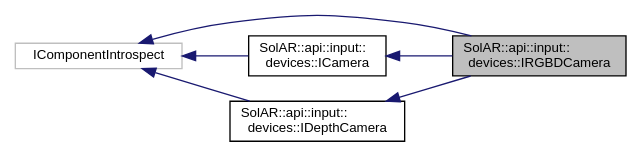
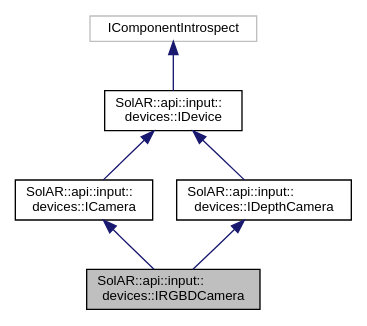
The diagram in api_documentation/class_sol_a_r_1_1api_1_1input_1_1devices_1_1_i_r_g_b_d_camera__coll__graph.dot (SolarFramework/solarframework.github.io), drawn with Graphviz before and after one commit. The commit also changed 544 other files, not shown here.

```diff
--- a/api_documentation/class_sol_a_r_1_1api_1_1input_1_1devices_1_1_i_r_g_b_d_camera__coll__graph.dot
+++ b/api_documentation/class_sol_a_r_1_1api_1_1input_1_1devices_1_1_i_r_g_b_d_camera__coll__graph.dot
@@ -1,15 +1,15 @@
 digraph "SolAR::api::input::devices::IRGBDCamera"
 {
   edge [fontname="Helvetica",fontsize="10",labelfontname="Helvetica",labelfontsize="10"];
   node [fontname="Helvetica",fontsize="10",shape=record];
-  rankdir="LR";
-  Node4 [label="SolAR::api::input::\ldevices::IRGBDCamera",height=0.2,width=0.4,color="black", fillcolor="grey75", style="filled", fontcolor="black"];
-  Node5 -> Node4 [dir="back",color="midnightblue",fontsize="10",style="solid",fontname="Helvetica"];
-  Node5 [label="IComponentIntrospect",height=0.2,width=0.4,color="grey75", fillcolor="white", style="filled"];
-  Node6 -> Node4 [dir="back",color="midnightblue",fontsize="10",style="solid",fontname="Helvetica"];
+  Node5 [label="SolAR::api::input::\ldevices::IRGBDCamera",height=0.2,width=0.4,color="black", fillcolor="grey75", style="filled", fontcolor="black"];
+  Node6 -> Node5 [dir="back",color="midnightblue",fontsize="10",style="solid",fontname="Helvetica"];
   Node6 [label="SolAR::api::input::\ldevices::ICamera",height=0.2,width=0.4,color="black", fillcolor="white", style="filled",URL="$class_sol_a_r_1_1api_1_1input_1_1devices_1_1_i_camera.html",tooltip="Grabs images captured in real-time by a video camera. UUID: 5ddc7df0-8377-437f-9c81-3643f7676a5b ..."];
-  Node5 -> Node6 [dir="back",color="midnightblue",fontsize="10",style="solid",fontname="Helvetica"];
-  Node7 -> Node4 [dir="back",color="midnightblue",fontsize="10",style="solid",fontname="Helvetica"];
-  Node7 [label="SolAR::api::input::\ldevices::IDepthCamera",height=0.2,width=0.4,color="black", fillcolor="white", style="filled",URL="$class_sol_a_r_1_1api_1_1input_1_1devices_1_1_i_depth_camera.html",tooltip="Specify the IDepthCamera interface class. "];
-  Node5 -> Node7 [dir="back",color="midnightblue",fontsize="10",style="solid",fontname="Helvetica"];
+  Node7 -> Node6 [dir="back",color="midnightblue",fontsize="10",style="solid",fontname="Helvetica"];
+  Node7 [label="SolAR::api::input::\ldevices::IDevice",height=0.2,width=0.4,color="black", fillcolor="white", style="filled",URL="$class_sol_a_r_1_1api_1_1input_1_1devices_1_1_i_device.html",tooltip="Manage any kind of device. UUID: d73c7b34-f6af-48f3-b65d-37a047929f4b "];
+  Node8 -> Node7 [dir="back",color="midnightblue",fontsize="10",style="solid",fontname="Helvetica"];
+  Node8 [label="IComponentIntrospect",height=0.2,width=0.4,color="grey75", fillcolor="white", style="filled"];
+  Node9 -> Node5 [dir="back",color="midnightblue",fontsize="10",style="solid",fontname="Helvetica"];
+  Node9 [label="SolAR::api::input::\ldevices::IDepthCamera",height=0.2,width=0.4,color="black", fillcolor="white", style="filled",URL="$class_sol_a_r_1_1api_1_1input_1_1devices_1_1_i_depth_camera.html",tooltip="Specify the IDepthCamera interface class. "];
+  Node7 -> Node9 [dir="back",color="midnightblue",fontsize="10",style="solid",fontname="Helvetica"];
 }
```
